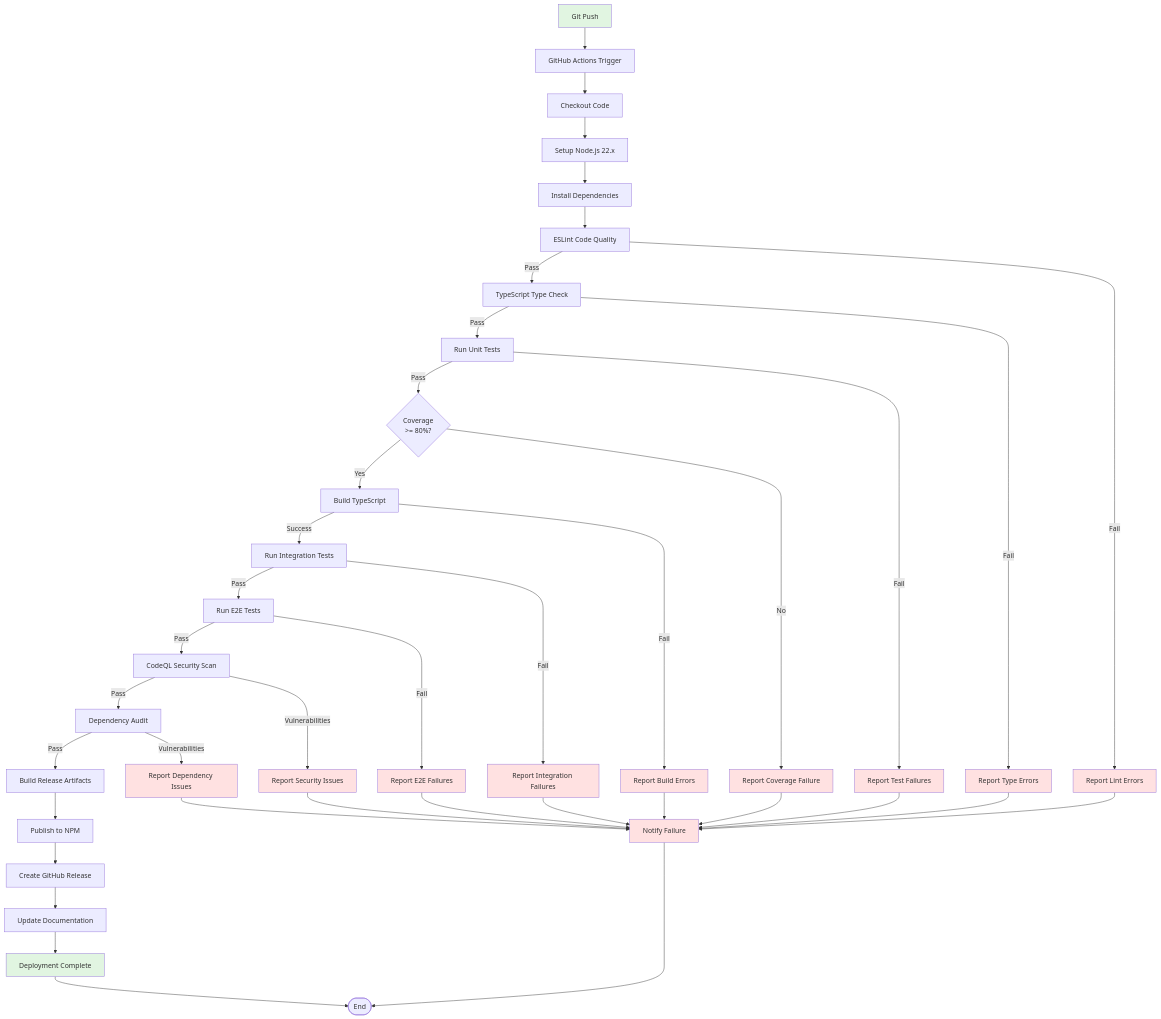
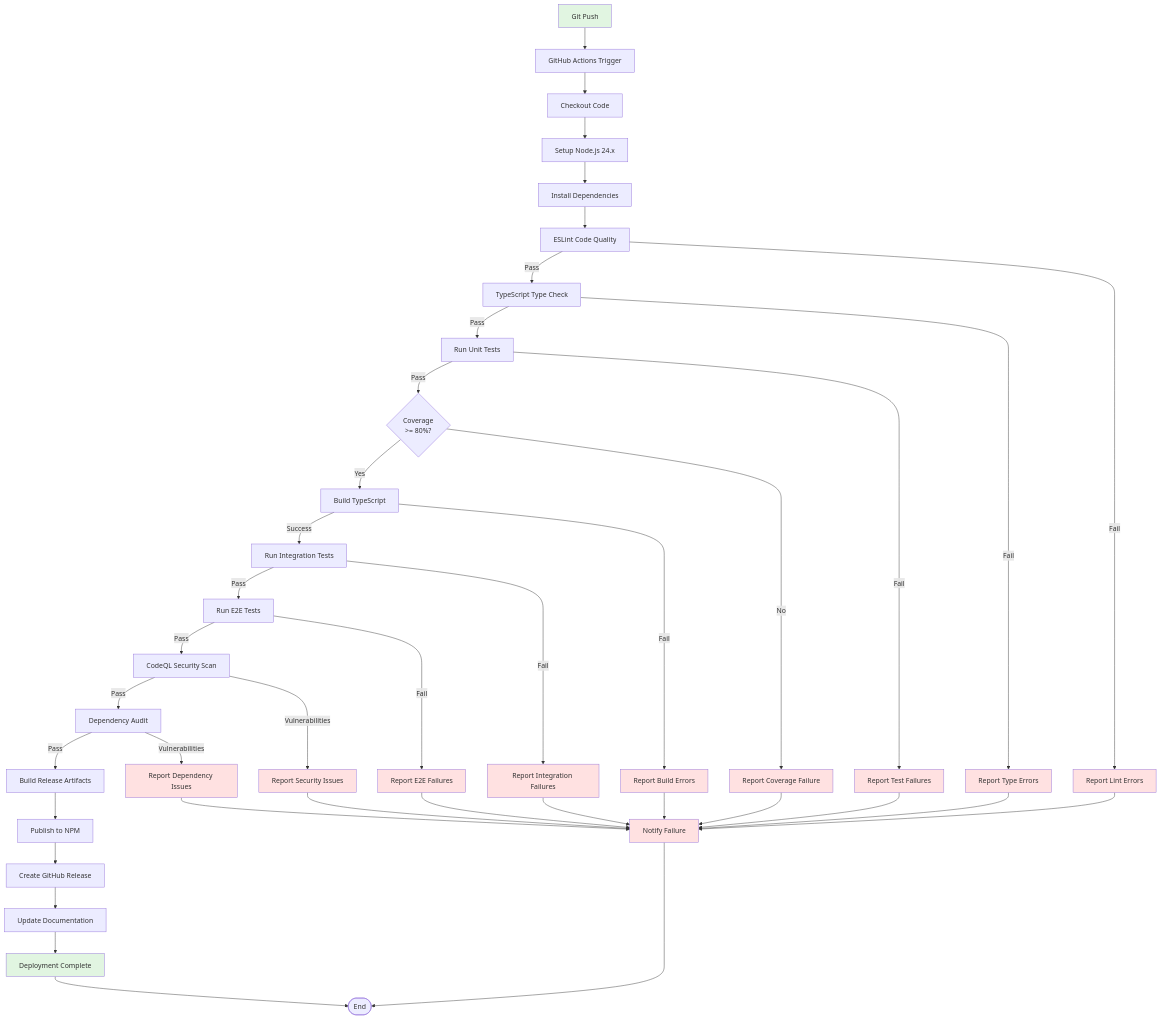
One commit to Hack23/European-Parliament-MCP-Server changed the seventh of 8 diagrams in FLOWCHART.md. Above: the diagram before and after it, drawn with Mermaid. The commit also changed 22 other files, not shown here.

````diff
--- a/FLOWCHART.md
+++ b/FLOWCHART.md
@@ -485,66 +485,66 @@
 ```mermaid
 flowchart TD
     Push[Git Push] --> Trigger[GitHub Actions Trigger]
     Trigger --> Checkout[Checkout Code]
-    Checkout --> SetupNode[Setup Node.js 22.x]
+    Checkout --> SetupNode[Setup Node.js 24.x]
     
     SetupNode --> InstallDeps[Install Dependencies]
     InstallDeps --> Lint[ESLint Code Quality]
     Lint -->|Pass| TypeCheck[TypeScript Type Check]
     Lint -->|Fail| FailedLint[Report Lint Errors]
     
     TypeCheck -->|Pass| UnitTests[Run Unit Tests]
     TypeCheck -->|Fail| FailedType[Report Type Errors]
     
     UnitTests -->|Pass| CoverageCheck{Coverage<br/>>= 80%?}
     UnitTests -->|Fail| FailedTests[Report Test Failures]
     
     CoverageCheck -->|Yes| Build[Build TypeScript]
     CoverageCheck -->|No| FailedCoverage[Report Coverage Failure]
     
     Build -->|Success| IntegrationTests[Run Integration Tests]
     Build -->|Fail| FailedBuild[Report Build Errors]
     
     IntegrationTests -->|Pass| E2ETests[Run E2E Tests]
     IntegrationTests -->|Fail| FailedIntegration[Report Integration Failures]
     
     E2ETests -->|Pass| SecurityScan[CodeQL Security Scan]
     E2ETests -->|Fail| FailedE2E[Report E2E Failures]
     
     SecurityScan -->|Pass| DependencyCheck[Dependency Audit]
     SecurityScan -->|Vulnerabilities| FailedSecurity[Report Security Issues]
     
     DependencyCheck -->|Pass| BuildArtifacts[Build Release Artifacts]
     DependencyCheck -->|Vulnerabilities| FailedDeps[Report Dependency Issues]
     
     BuildArtifacts --> PublishNPM[Publish to NPM]
     PublishNPM --> CreateRelease[Create GitHub Release]
     CreateRelease --> UpdateDocs[Update Documentation]
     UpdateDocs --> Success[Deployment Complete]
     
     FailedLint --> NotifyFailure[Notify Failure]
     FailedType --> NotifyFailure
     FailedTests --> NotifyFailure
     FailedCoverage --> NotifyFailure
     FailedBuild --> NotifyFailure
     FailedIntegration --> NotifyFailure
     FailedE2E --> NotifyFailure
     FailedSecurity --> NotifyFailure
     FailedDeps --> NotifyFailure
     
     Success --> End([End])
     NotifyFailure --> End
     
     style Push fill:#e1f5e1
     style Success fill:#e1f5e1
     style NotifyFailure fill:#ffe1e1
     style FailedLint fill:#ffe1e1
     style FailedType fill:#ffe1e1
     style FailedTests fill:#ffe1e1
     style FailedCoverage fill:#ffe1e1
     style FailedBuild fill:#ffe1e1
     style FailedIntegration fill:#ffe1e1
     style FailedE2E fill:#ffe1e1
     style FailedSecurity fill:#ffe1e1
     style FailedDeps fill:#ffe1e1
 ```
````
